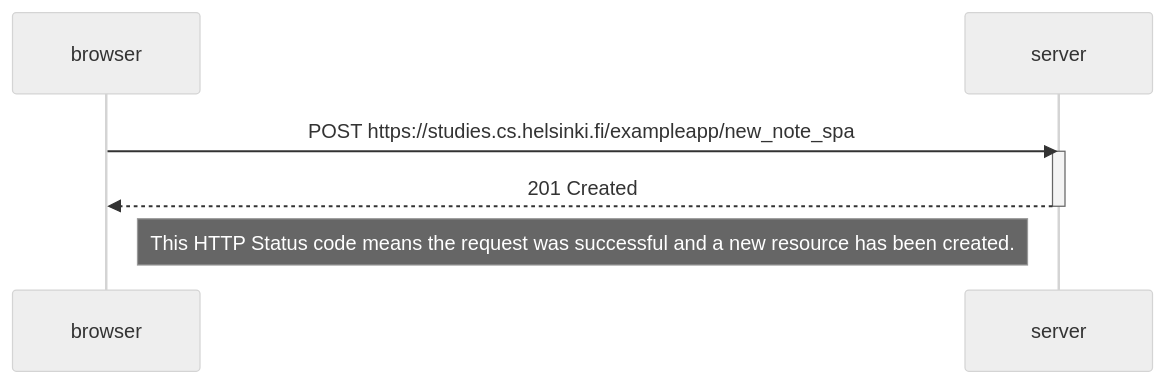
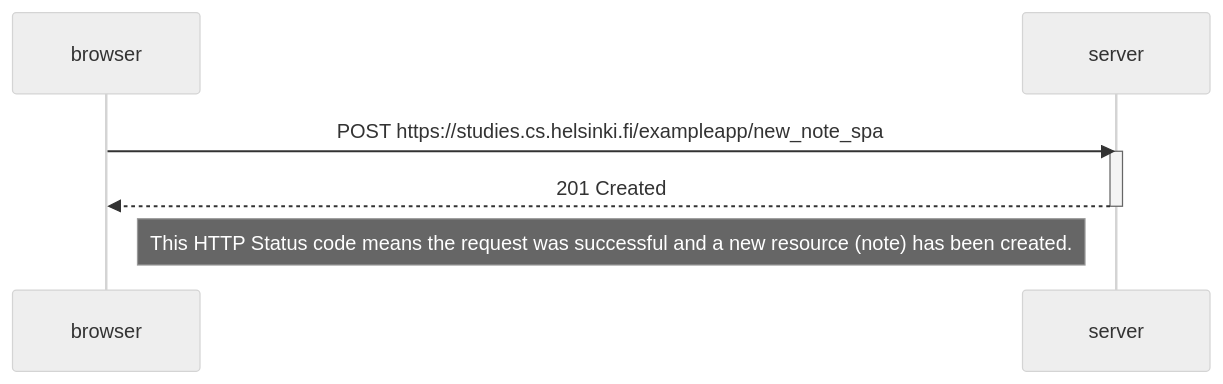
The diagram in Exercise 0.6/mermaid.md (RamiroGomez1/Full-Stack-Open), drawn with Mermaid (neutral theme) before and after one commit.

Commit message:
Exercise

````diff
--- a/Exercise 0.6/mermaid.md
+++ b/Exercise 0.6/mermaid.md
@@ -1,13 +1,13 @@
 ```mermaid
 sequenceDiagram
     participant browser
     participant server
 
     browser->>server: POST https://studies.cs.helsinki.fi/exampleapp/new_note_spa
     activate server
     server-->>browser: 201 Created
     deactivate server
 
-    Note right of browser: This HTTP Status code means the request was successful and a new resource has been created.
+    Note right of browser: This HTTP Status code means the request was successful and a new resource (note) has been created.
 
 ```
````
